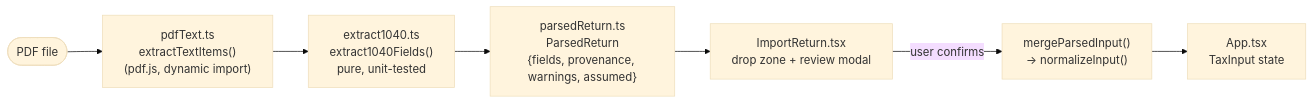
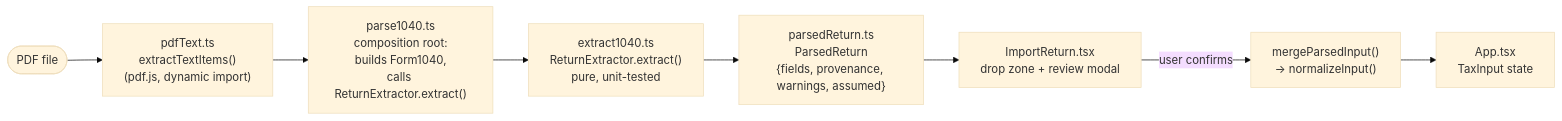
One commit to agrberg/tax-visualizer changed the third of 3 diagrams in ARCHITECTURE.md. Above: the diagram before and after it, drawn with Mermaid (base theme). The commit also changed other lines of this file and 1 other file, not shown here.

First line of the commit message:
docs: sync import module map for the Section/ReturnExtractor restructure

````diff
--- a/ARCHITECTURE.md
+++ b/ARCHITECTURE.md
@@ -220,13 +220,14 @@
 ```mermaid
 flowchart LR
     file(["PDF file"])
     pdftext["pdfText.ts<br/>extractTextItems()<br/>(pdf.js, dynamic import)"]
-    extract["extract1040.ts<br/>extract1040Fields()<br/>pure, unit-tested"]
+    parse1040["parse1040.ts<br/>composition root:<br/>builds Form1040,<br/>calls ReturnExtractor.extract()"]
+    extract["extract1040.ts<br/>ReturnExtractor.extract()<br/>pure, unit-tested"]
     parsed["parsedReturn.ts<br/>ParsedReturn<br/>{fields, provenance, warnings, assumed}"]
     ui["ImportReturn.tsx<br/>drop zone + review modal"]
     merge["mergeParsedInput()<br/>→ normalizeInput()"]
     app["App.tsx<br/>TaxInput state"]
 
-    file --> pdftext --> extract --> parsed --> ui
+    file --> pdftext --> parse1040 --> extract --> parsed --> ui
     ui -->|user confirms| merge --> app
 ```
````
